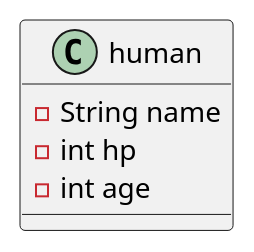
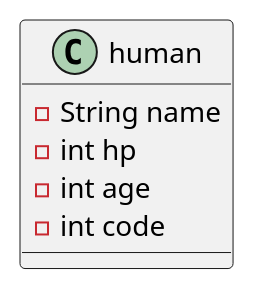
One commit to PTUnique/PTUniqueTeam2 changed the diagram in 260707_TEST.puml. Above: the diagram before and after it, drawn with PlantUML.

Commit message:
code 추가

```diff
--- a/260707_TEST.puml
+++ b/260707_TEST.puml
@@ -1,9 +1,10 @@
 @startuml
 
 class human {
     - String name
     - int hp
     - int age
+    - int code
 }
 
 @enduml
```
